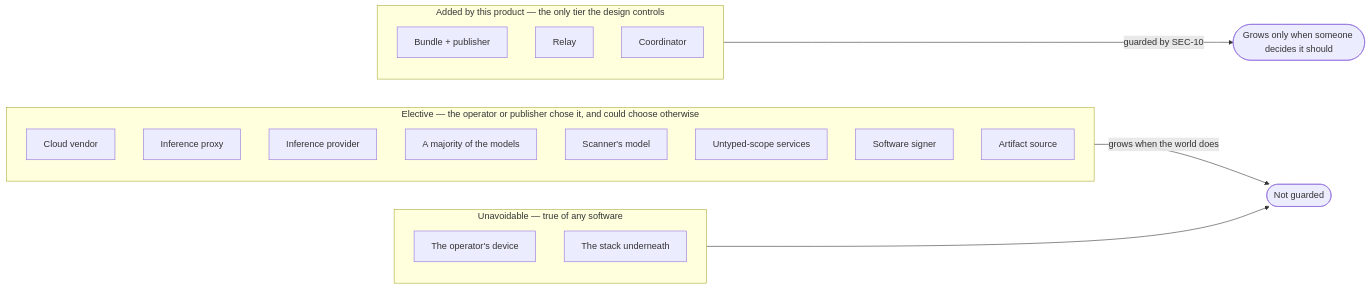
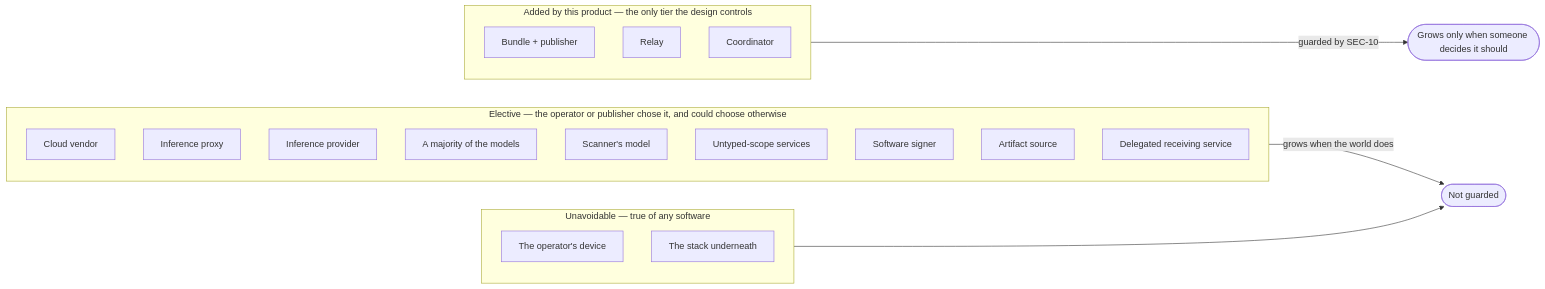
One commit to douglaz/tau-web-spec changed the diagram in 05-trust.md. Above: the diagram before and after it, drawn with Mermaid. The commit also changed other lines of this file and 3 other files, not shown here.

````diff
--- a/05-trust.md
+++ b/05-trust.md
@@ -10,25 +10,26 @@
 ```mermaid
 flowchart LR
     subgraph U["Unavoidable — true of any software"]
         U1[The operator's device]
         U2[The stack underneath]
     end
     subgraph E["Elective — the operator or publisher chose it, and could choose otherwise"]
         E1[Cloud vendor]
         E2[Inference proxy]
         E3[Inference provider]
         E4[A majority of the models]
         E5[Scanner's model]
         E6[Untyped-scope services]
         E7[Software signer]
         E8[Artifact source]
+        E9[Delegated receiving service]
     end
     subgraph A["Added by this product — the only tier the design controls"]
         A1[Bundle + publisher]
         A2[Relay]
         A3[Coordinator]
     end
     A -->|"guarded by SEC-10"| GUARD([Grows only when someone decides it should])
     E -->|grows when the world does| WORLD([Not guarded])
     U --> WORLD
 ```
````
